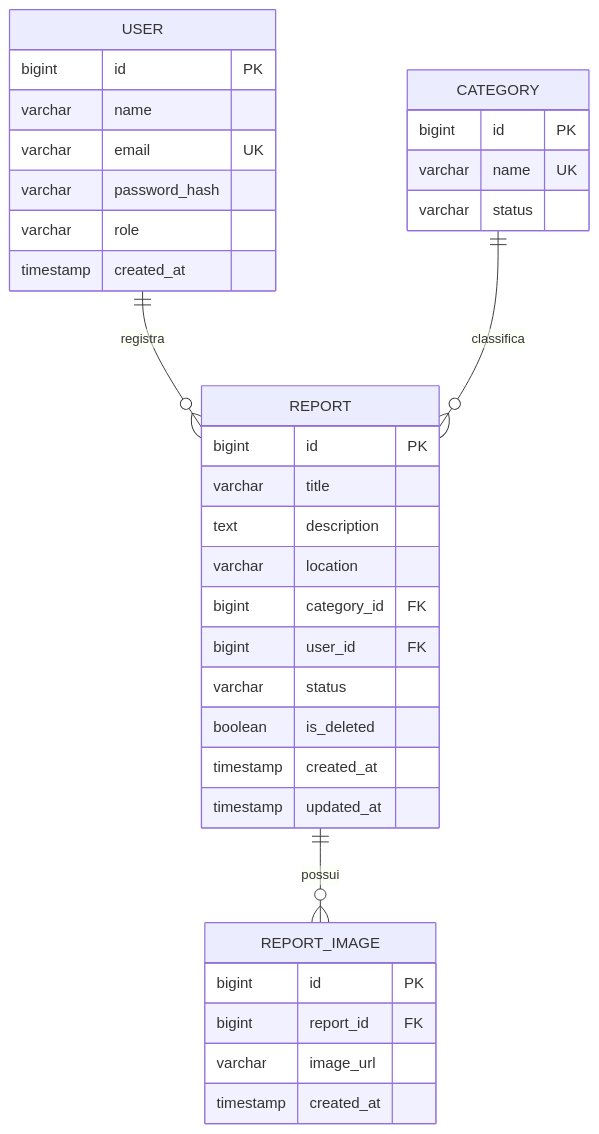
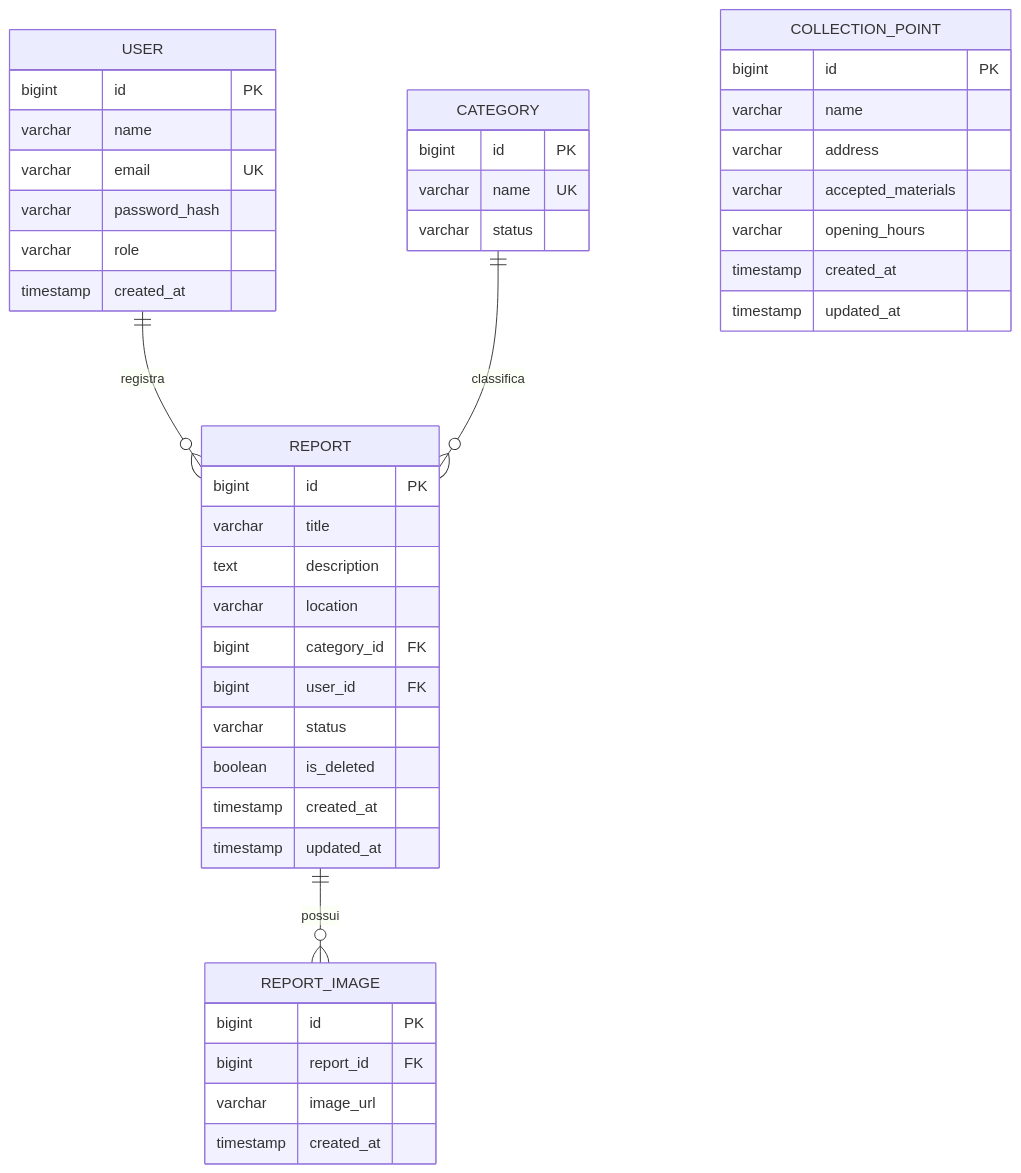
The diagram in docs/modelo-de-dominio.md (JoaoAugustoTopanotti/eco-report-backend), drawn with Mermaid before and after one commit. The commit also changed other lines of this file and 11 other files, not shown here.

````diff
--- a/docs/modelo-de-dominio.md
+++ b/docs/modelo-de-dominio.md
@@ -72,41 +88,51 @@
 ```mermaid
 erDiagram
     USER ||--o{ REPORT : registra
     CATEGORY ||--o{ REPORT : classifica
     REPORT ||--o{ REPORT_IMAGE : possui
 
     USER {
         bigint id PK
         varchar name
         varchar email UK
         varchar password_hash
         varchar role
         timestamp created_at
     }
 
     CATEGORY {
         bigint id PK
         varchar name UK
         varchar status
     }
 
     REPORT {
         bigint id PK
         varchar title
         text description
         varchar location
         bigint category_id FK
         bigint user_id FK
         varchar status
         boolean is_deleted
         timestamp created_at
         timestamp updated_at
     }
 
     REPORT_IMAGE {
         bigint id PK
         bigint report_id FK
         varchar image_url
         timestamp created_at
     }
+
+    COLLECTION_POINT {
+        bigint id PK
+        varchar name
+        varchar address
+        varchar accepted_materials
+        varchar opening_hours
+        timestamp created_at
+        timestamp updated_at
+    }
 ```
````
